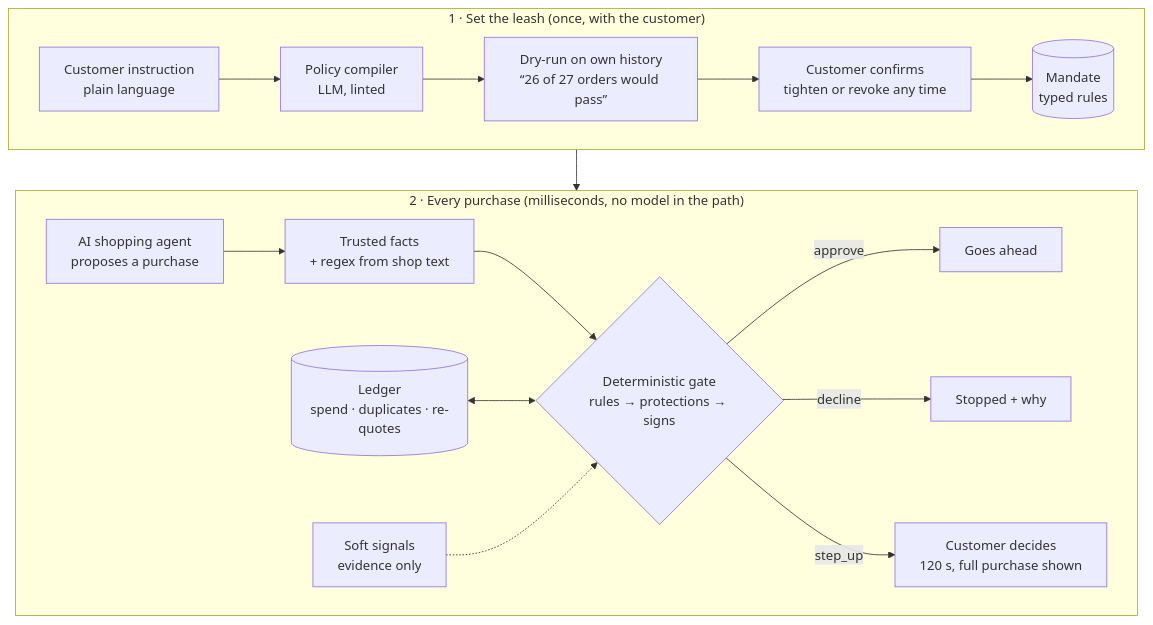
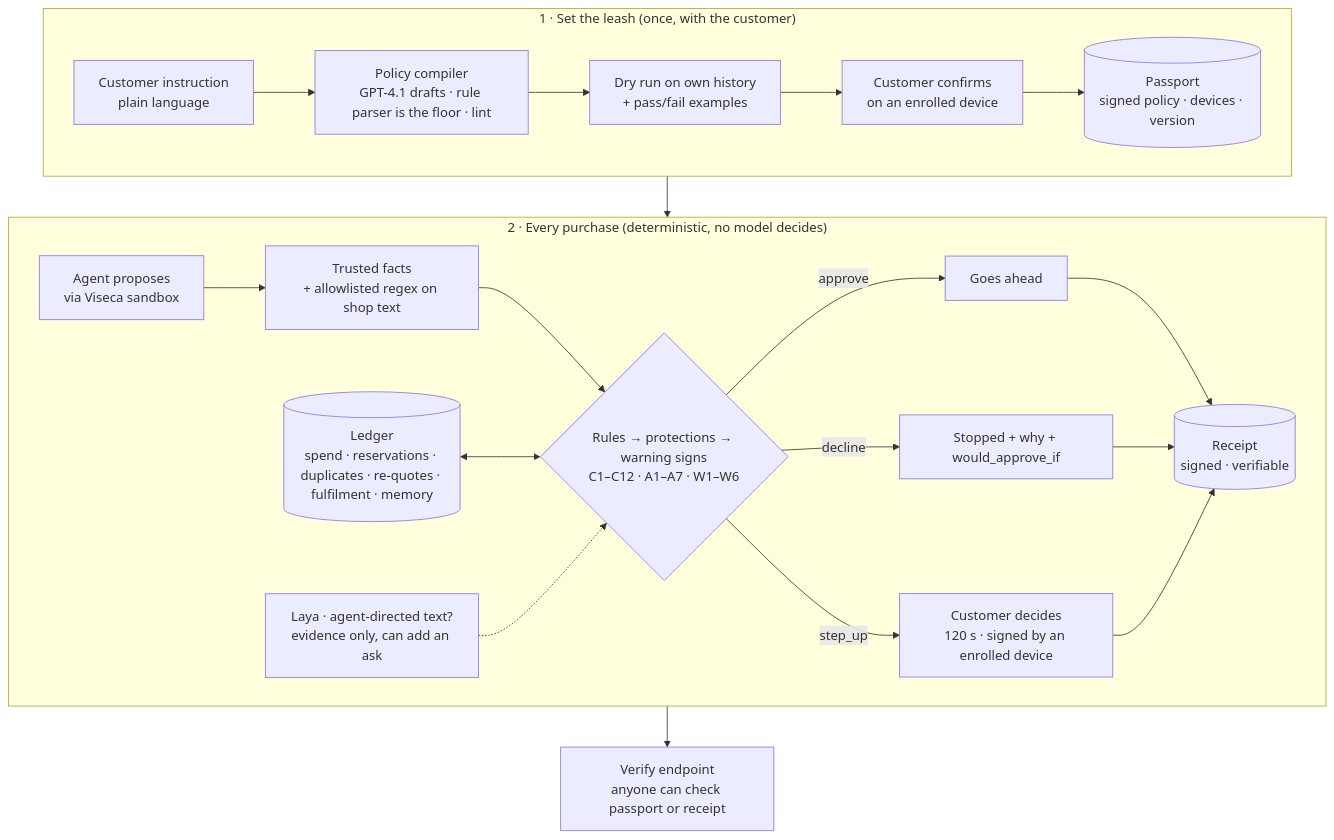
The diagram in README.md (MehulMittal27/oneguard), drawn with Mermaid before and after one commit. The commit also changed other lines of this file, not shown here.

Commit message:
docs: README — passport, security, models, determinism

````diff
--- a/README.md
+++ b/README.md
@@ -14,23 +7,23 @@
 ```mermaid
 flowchart TB
     subgraph SETUP["1 · Set the leash (once, with the customer)"]
         direction LR
-        I[Customer instruction<br/>plain language] --> LLM[Policy compiler<br/>LLM, linted]
-        LLM --> DRY[Dry-run on own history<br/>“26 of 27 orders would pass”]
-        DRY --> OK[Customer confirms<br/>tighten or revoke any time]
-        OK --> MAN[(Mandate<br/>typed rules)]
+        I[Customer instruction<br/>plain language] --> C[Policy compiler<br/>GPT-4.1 drafts · rule parser is the floor · lint]
+        C --> DRY[Dry run on own history<br/>+ pass/fail examples]
+        DRY --> OK[Customer confirms<br/>on an enrolled device]
+        OK --> P[(Passport<br/>signed policy · devices · version)]
     end
-
-    subgraph LIVE["2 · Every purchase (milliseconds, no model in the path)"]
+    subgraph LIVE["2 · Every purchase (deterministic, no model decides)"]
         direction LR
-        AG[AI shopping agent<br/>proposes a purchase] --> FACTS[Trusted facts<br/>+ regex from shop text]
-        FACTS --> GATE{Deterministic gate<br/>rules → protections → signs}
-        LED[(Ledger<br/>spend · duplicates · re-quotes)] <--> GATE
-        SIG[Soft signals<br/>evidence only] -.-> GATE
-        GATE -->|approve| A[Goes ahead]
-        GATE -->|decline| D[Stopped + why]
-        GATE -->|step_up| S[Customer decides<br/>120 s, full purchase shown]
+        AG[Agent proposes<br/>via Viseca sandbox] --> F[Trusted facts<br/>+ allowlisted regex on shop text]
+        F --> G{Rules → protections → warning signs<br/>C1–C12 · A1–A7 · W1–W6}
+        L[(Ledger<br/>spend · reservations · duplicates · re-quotes · fulfilment · memory)] <--> G
+        S[Laya · agent-directed text?<br/>evidence only, can add an ask] -.-> G
+        G -->|approve| A[Goes ahead]
+        G -->|decline| D[Stopped + why + would_approve_if]
+        G -->|step_up| U[Customer decides<br/>120 s · signed by an enrolled device]
+        A & D & U --> R[(Receipt<br/>signed · verifiable)]
     end
-
-    MAN --> GATE
+    P --> G
+    R --> V[Verify endpoint<br/>anyone can check passport or receipt]
 ```
````
